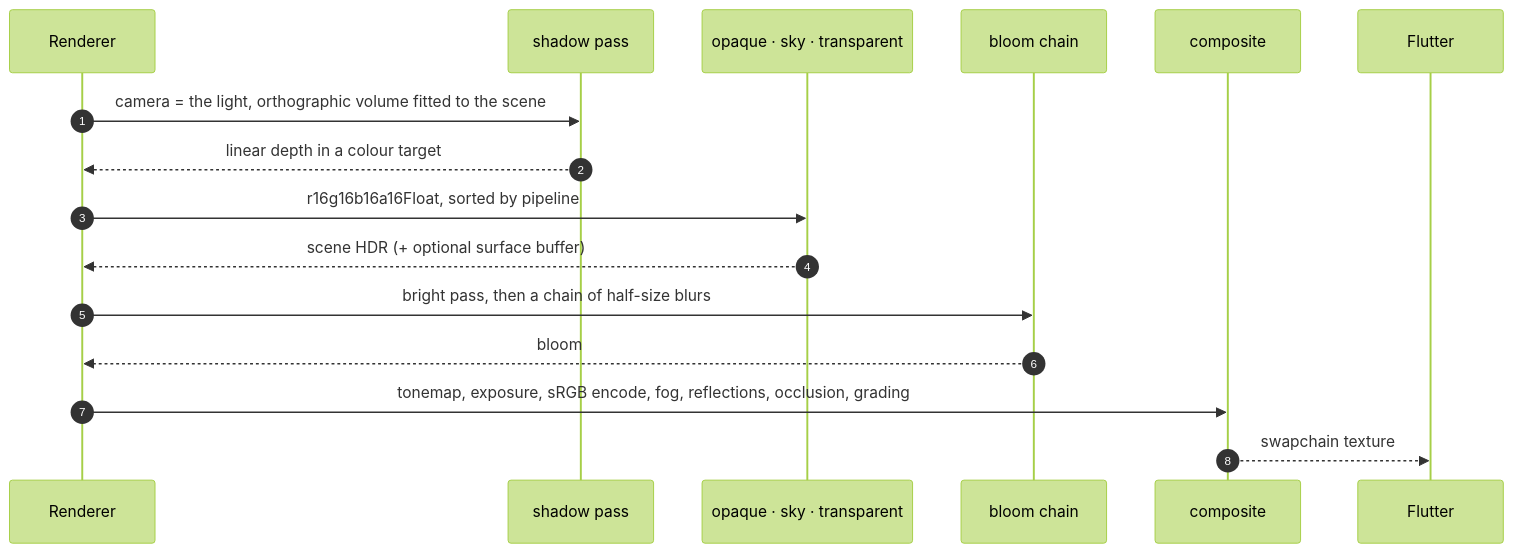
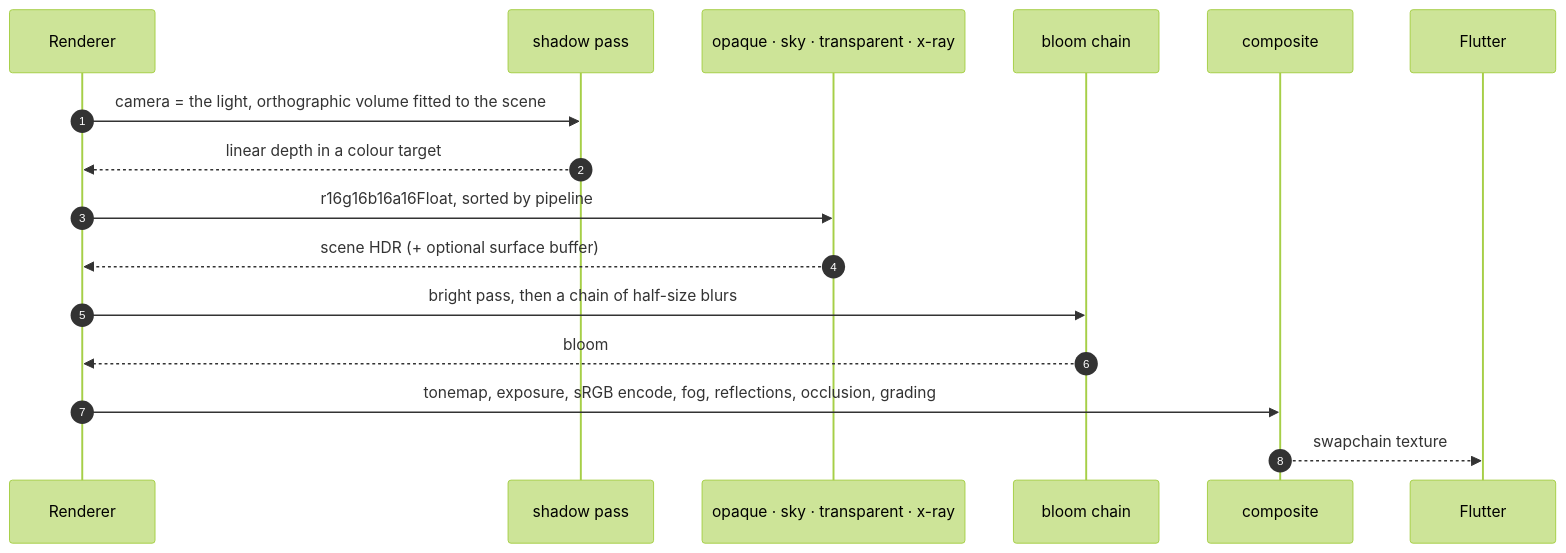
One commit to pleiondev/flutter3d changed the first of 2 diagrams in site/content/core/rendering.md. Above: the diagram before and after it, drawn with Mermaid (forest theme). The commit also changed other lines of this file and 38 other files, not shown here.

````diff
--- a/site/content/core/rendering.md
+++ b/site/content/core/rendering.md
@@ -29,19 +29,19 @@
 ```mermaid
 sequenceDiagram
     autonumber
     participant R as Renderer
     participant S as shadow pass
-    participant O as opaque · sky · transparent
+    participant O as opaque · sky · transparent · x-ray
     participant B as bloom chain
     participant C as composite
     participant F as Flutter
 
     R->>S: camera = the light, orthographic volume fitted to the scene
     S-->>R: linear depth in a colour target
     R->>O: r16g16b16a16Float, sorted by pipeline
     O-->>R: scene HDR (+ optional surface buffer)
     R->>B: bright pass, then a chain of half-size blurs
     B-->>R: bloom
     R->>C: tonemap, exposure, sRGB encode, fog, reflections, occlusion, grading
     C-->>F: swapchain texture
 ```
````
